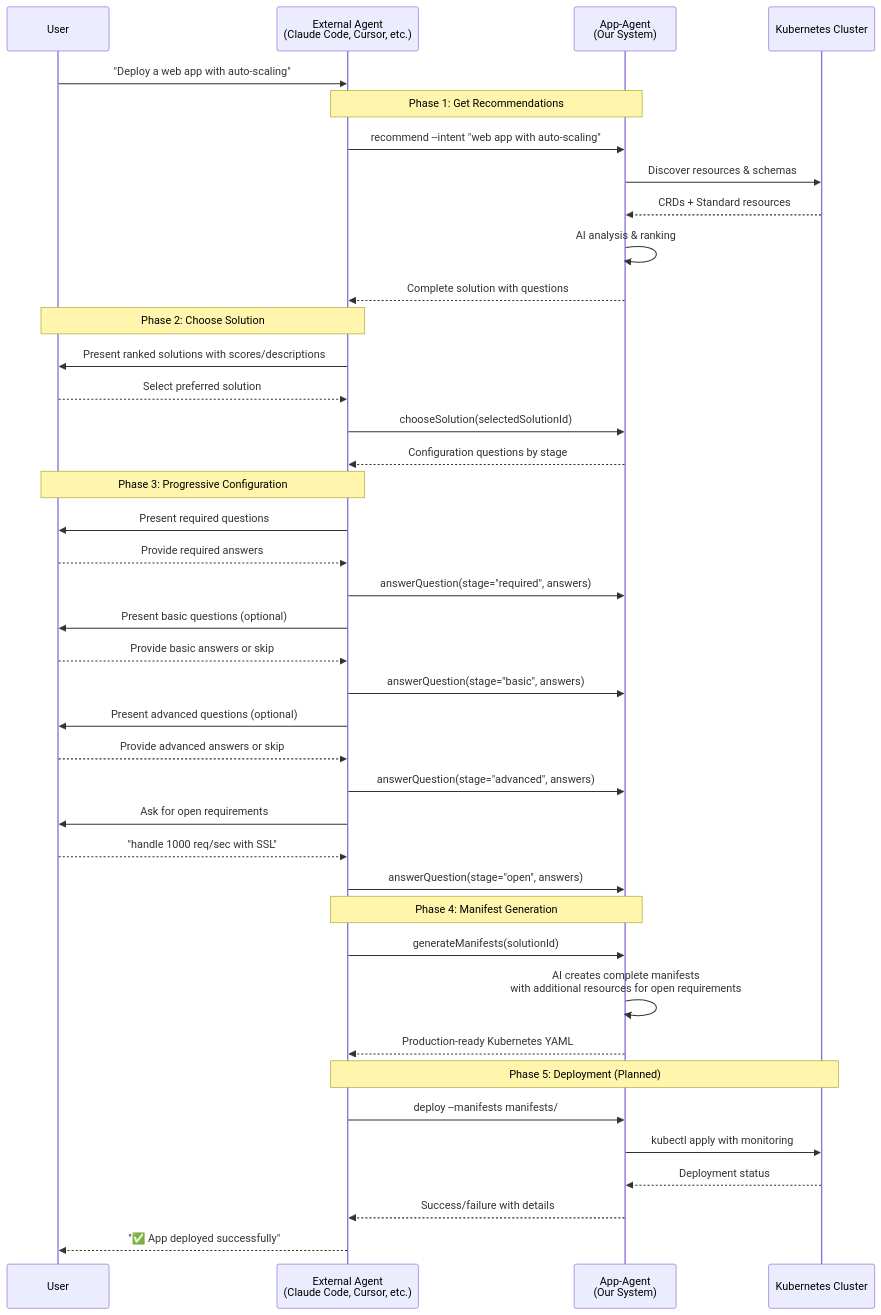
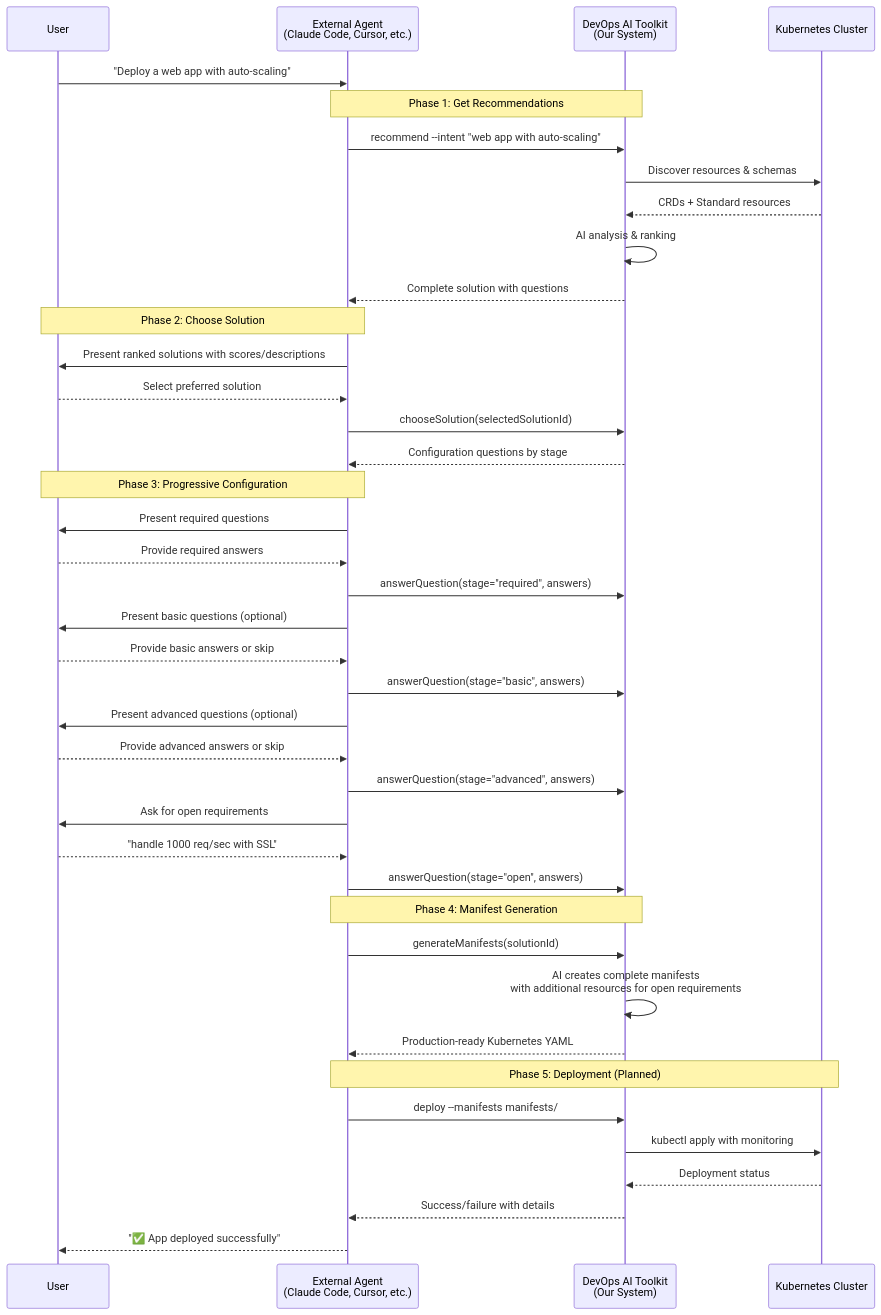
The diagram in docs/design.md (vfarcic/dot-ai), drawn with Mermaid before and after one commit. The commit also changed other lines of this file and 71 other files, not shown here.

First line of the commit message:
feat: complete rebranding from App-Agent to DevOps AI Toolkit (dot-ai)

````diff
--- a/docs/design.md
+++ b/docs/design.md
@@ -22,48 +22,48 @@
 ```mermaid
 sequenceDiagram
     participant User
     participant ExternalAgent as External Agent<br/>(Claude Code, Cursor, etc.)
-    participant AppAgent as App-Agent<br/>(Our System)
+    participant DotAI as DevOps AI Toolkit<br/>(Our System)
     participant K8s as Kubernetes Cluster
 
     User->>ExternalAgent: "Deploy a web app with auto-scaling"
     
-    Note over ExternalAgent,AppAgent: Phase 1: Get Recommendations
-    ExternalAgent->>AppAgent: recommend --intent "web app with auto-scaling"
-    AppAgent->>K8s: Discover resources & schemas
-    K8s-->>AppAgent: CRDs + Standard resources
-    AppAgent->>AppAgent: AI analysis & ranking
-    AppAgent-->>ExternalAgent: Complete solution with questions
+    Note over ExternalAgent,DotAI: Phase 1: Get Recommendations
+    ExternalAgent->>DotAI: recommend --intent "web app with auto-scaling"
+    DotAI->>K8s: Discover resources & schemas
+    K8s-->>DotAI: CRDs + Standard resources
+    DotAI->>DotAI: AI analysis & ranking
+    DotAI-->>ExternalAgent: Complete solution with questions
     
     Note over ExternalAgent,User: Phase 2: Choose Solution
     ExternalAgent->>User: Present ranked solutions with scores/descriptions
     User-->>ExternalAgent: Select preferred solution
-    ExternalAgent->>AppAgent: chooseSolution(selectedSolutionId)
-    AppAgent-->>ExternalAgent: Configuration questions by stage
+    ExternalAgent->>DotAI: chooseSolution(selectedSolutionId)
+    DotAI-->>ExternalAgent: Configuration questions by stage
     
     Note over ExternalAgent,User: Phase 3: Progressive Configuration
     ExternalAgent->>User: Present required questions
     User-->>ExternalAgent: Provide required answers
-    ExternalAgent->>AppAgent: answerQuestion(stage="required", answers)
+    ExternalAgent->>DotAI: answerQuestion(stage="required", answers)
     ExternalAgent->>User: Present basic questions (optional)
     User-->>ExternalAgent: Provide basic answers or skip
-    ExternalAgent->>AppAgent: answerQuestion(stage="basic", answers)
+    ExternalAgent->>DotAI: answerQuestion(stage="basic", answers)
     ExternalAgent->>User: Present advanced questions (optional)
     User-->>ExternalAgent: Provide advanced answers or skip
-    ExternalAgent->>AppAgent: answerQuestion(stage="advanced", answers)
+    ExternalAgent->>DotAI: answerQuestion(stage="advanced", answers)
     ExternalAgent->>User: Ask for open requirements
     User-->>ExternalAgent: "handle 1000 req/sec with SSL"
-    ExternalAgent->>AppAgent: answerQuestion(stage="open", answers)
+    ExternalAgent->>DotAI: answerQuestion(stage="open", answers)
     
-    Note over ExternalAgent,AppAgent: Phase 4: Manifest Generation
-    ExternalAgent->>AppAgent: generateManifests(solutionId)
-    AppAgent->>AppAgent: AI creates complete manifests<br/>with additional resources for open requirements
-    AppAgent-->>ExternalAgent: Production-ready Kubernetes YAML
+    Note over ExternalAgent,DotAI: Phase 4: Manifest Generation
+    ExternalAgent->>DotAI: generateManifests(solutionId)
+    DotAI->>DotAI: AI creates complete manifests<br/>with additional resources for open requirements
+    DotAI-->>ExternalAgent: Production-ready Kubernetes YAML
     
     Note over ExternalAgent,K8s: Phase 5: Deployment (Planned)
-    ExternalAgent->>AppAgent: deploy --manifests manifests/
-    AppAgent->>K8s: kubectl apply with monitoring
-    K8s-->>AppAgent: Deployment status
-    AppAgent-->>ExternalAgent: Success/failure with details
+    ExternalAgent->>DotAI: deploy --manifests manifests/
+    DotAI->>K8s: kubectl apply with monitoring
+    K8s-->>DotAI: Deployment status
+    DotAI-->>ExternalAgent: Success/failure with details
     ExternalAgent-->>User: "✅ App deployed successfully"
 ```
````
